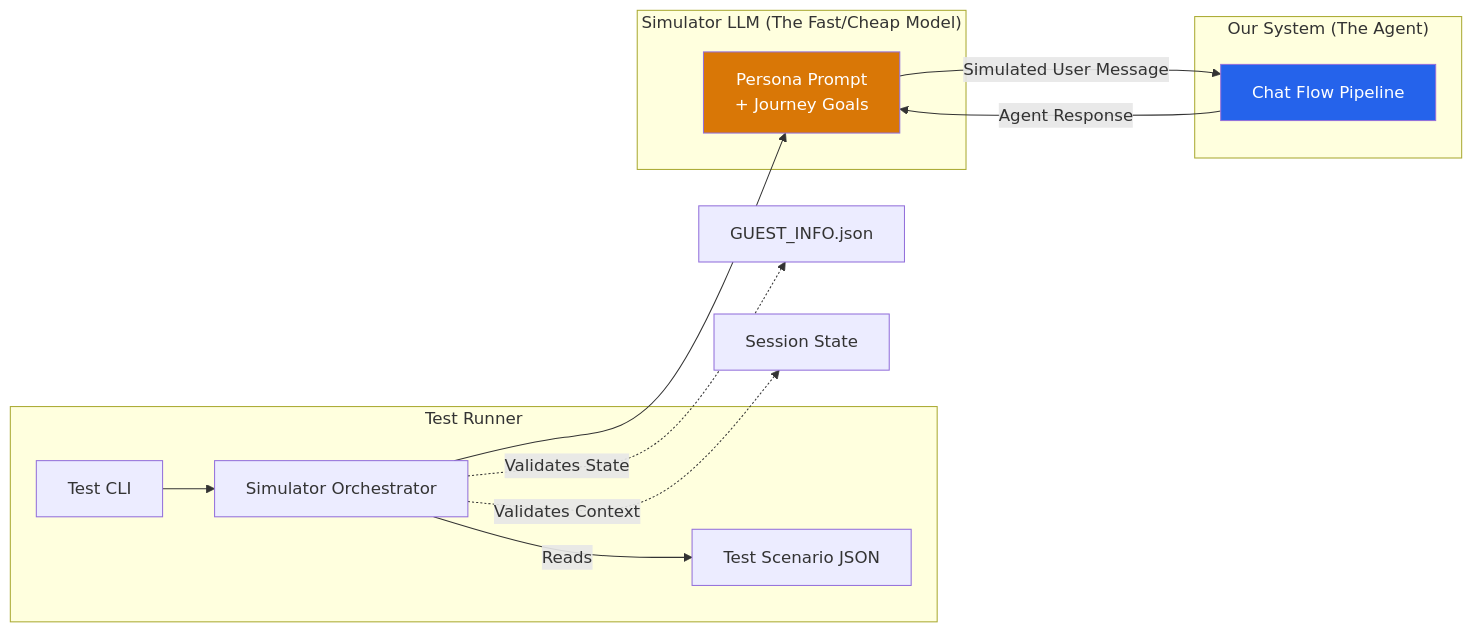
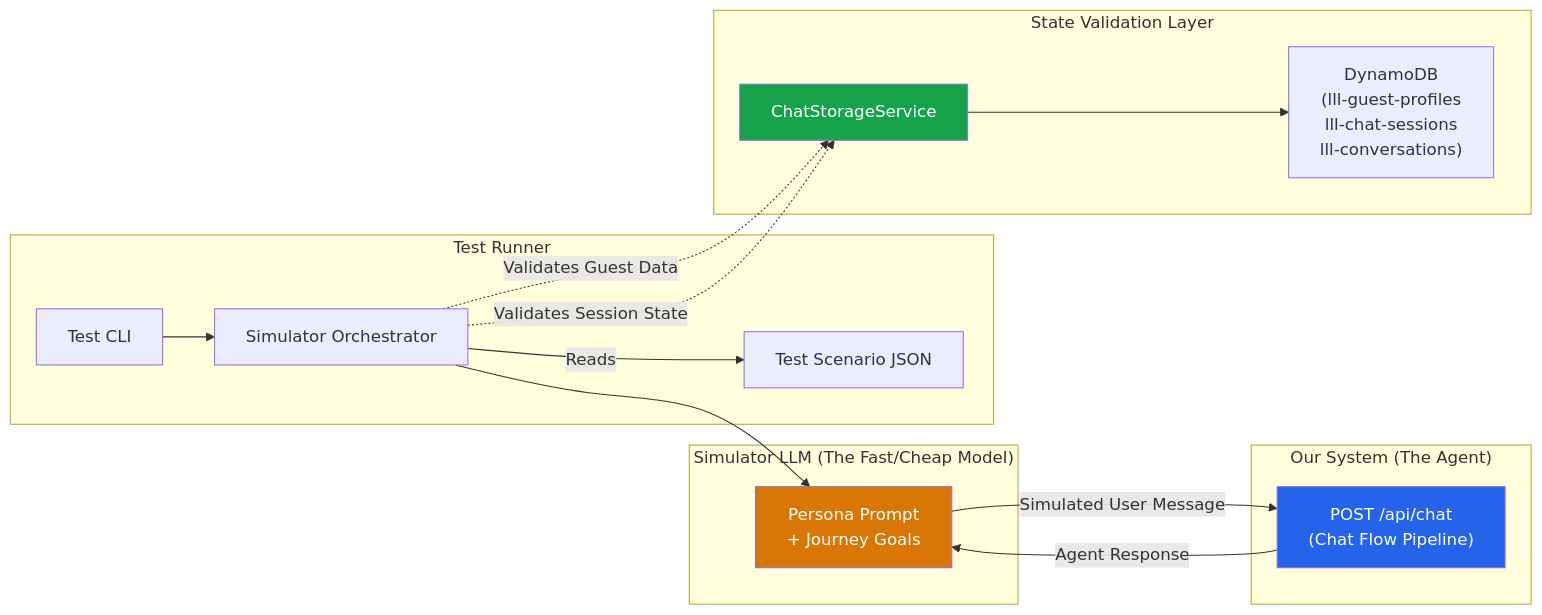
The diagram in .github/DOCS/Implementation/BLUEPRINTS/TESTING_SYSTEM_BLUEPRINT.md (lmnhd/vacations-leisurelife), drawn with Mermaid before and after one commit. The commit also changed other lines of this file and 1 other file, not shown here.

Commit message:
feat: align testing and chat system blueprints - shared types, API routes, DynamoDB state, testability hooks

````diff
--- a/.github/DOCS/Implementation/BLUEPRINTS/TESTING_SYSTEM_BLUEPRINT.md
+++ b/.github/DOCS/Implementation/BLUEPRINTS/TESTING_SYSTEM_BLUEPRINT.md
@@ -18,25 +18,31 @@
 ```mermaid
 graph LR
     subgraph "Test Runner"
         A[Test CLI] --> B[Simulator Orchestrator]
         B -->|Reads| C[Test Scenario JSON]
     end
 
     subgraph "Simulator LLM (The Fast/Cheap Model)"
         D[Persona Prompt<br/>+ Journey Goals]
         B --> D
     end
 
     subgraph "Our System (The Agent)"
-        E[Chat Flow Pipeline]
+        E["POST /api/chat<br/>(Chat Flow Pipeline)"]
+    end
+
+    subgraph "State Validation Layer"
+        CSS["ChatStorageService"]
+        CSS --> DB["DynamoDB<br/>(lll-guest-profiles<br/>lll-chat-sessions<br/>lll-conversations)"]
     end
 
     D -- "Simulated User Message" --> E
     E -- "Agent Response" --> D
     
-    B -. "Validates State" .-> F[GUEST_INFO.json]
-    B -. "Validates Context" .-> G[Session State]
+    B -. "Validates Guest Data" .-> CSS
+    B -. "Validates Session State" .-> CSS
 
     style E fill:#2563eb,color:#fff
     style D fill:#d97706,color:#fff
+    style CSS fill:#16a34a,color:#fff
 ```
````
